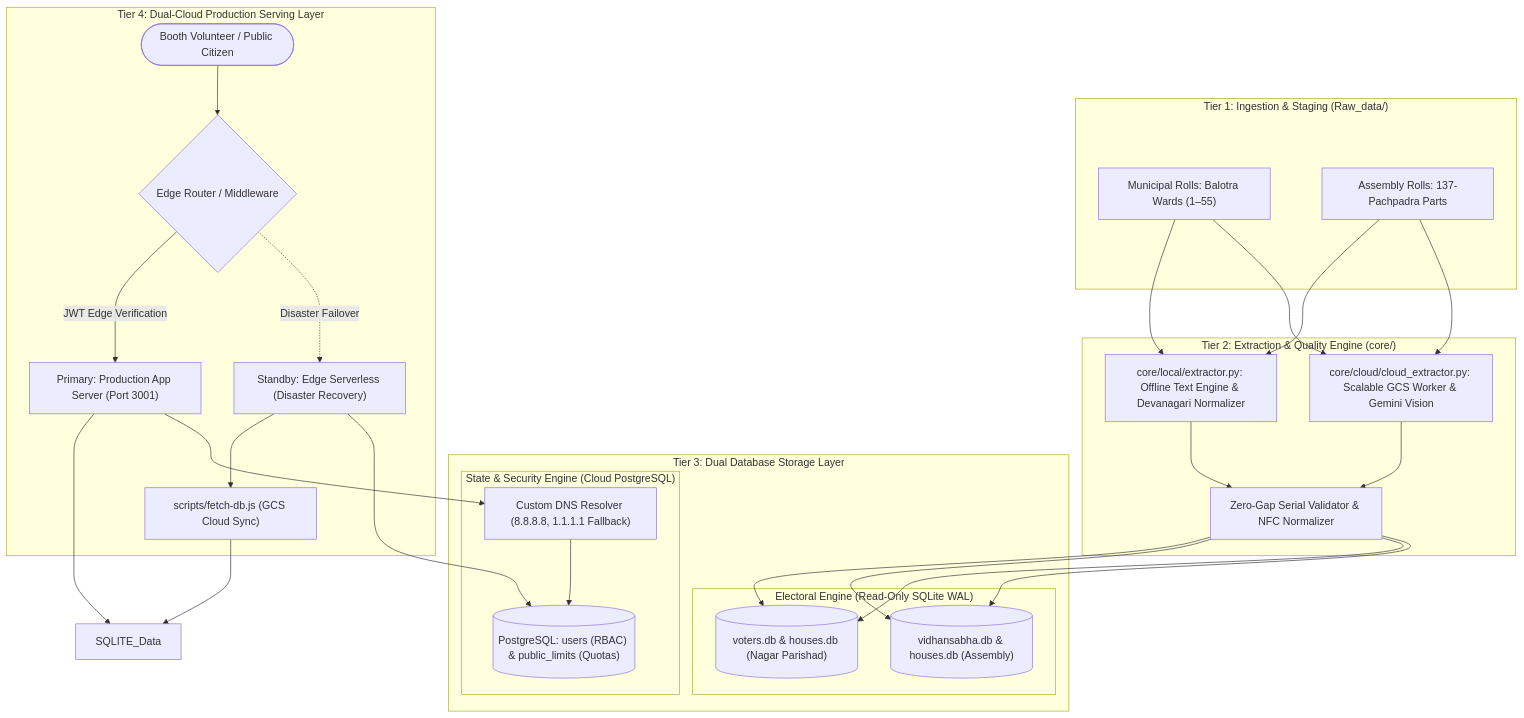
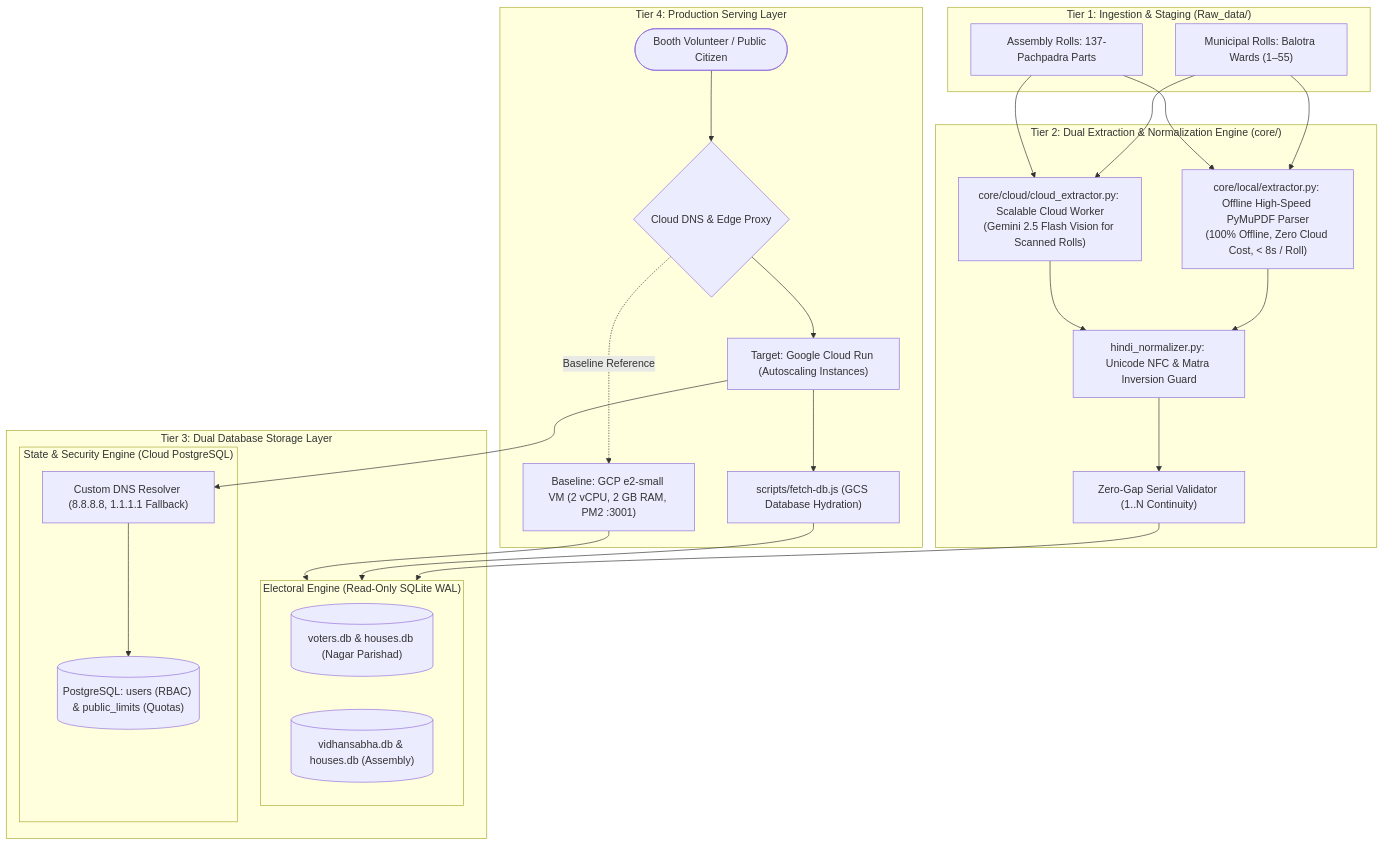
One commit to Shagarwal07/Voter_scrap changed the first of 5 diagrams in README.md. Above: the diagram before and after it, drawn with Mermaid. The commit also changed other lines of this file and 3 other files, not shown here.

Commit message:
docs: standardize baseline VM to e2-small and embed verified GCP cloud invoice

````diff
--- a/README.md
+++ b/README.md
@@ -53,48 +52,44 @@
 ```mermaid
 flowchart TD
     subgraph Tier1["Tier 1: Ingestion & Staging (Raw_data/)"]
         PDF_NP["Municipal Rolls: Balotra Wards (1–55)"]
         PDF_VS["Assembly Rolls: 137-Pachpadra Parts"]
     end
 
-    subgraph Tier2["Tier 2: Extraction & Quality Engine (core/)"]
-        LOCAL_EXT["core/local/extractor.py: Offline Text Engine & Devanagari Normalizer"]
-        CLOUD_EXT["core/cloud/cloud_extractor.py: Scalable GCS Worker & Gemini Vision"]
-        AUDIT["Zero-Gap Serial Validator & NFC Normalizer"]
+    subgraph Tier2["Tier 2: Dual Extraction & Normalization Engine (core/)"]
+        LOCAL_EXT["core/local/extractor.py: Offline High-Speed PyMuPDF Parser<br/>(100% Offline, Zero Cloud Cost, < 8s / Roll)"]
+        CLOUD_EXT["core/cloud/cloud_extractor.py: Scalable Cloud Worker<br/>(Gemini 2.5 Flash Vision for Scanned Rolls)"]
+        NORMALIZER["hindi_normalizer.py: Unicode NFC & Matra Inversion Guard"]
+        VALIDATOR["Zero-Gap Serial Validator (1..N Continuity)"]
     end
 
     subgraph Tier3["Tier 3: Dual Database Storage Layer"]
         subgraph SQLite_Data["Electoral Engine (Read-Only SQLite WAL)"]
             SQLITE_NP[("voters.db & houses.db (Nagar Parishad)")]
             SQLITE_VS[("vidhansabha.db & houses.db (Assembly)")]
         end
         subgraph Postgres_Auth["State & Security Engine (Cloud PostgreSQL)"]
             PG_AUTH[("PostgreSQL: users (RBAC) & public_limits (Quotas)")]
             DNS_FALLBACK["Custom DNS Resolver (8.8.8.8, 1.1.1.1 Fallback)"]
         end
     end
 
-    subgraph Tier4["Tier 4: Dual-Cloud Production Serving Layer"]
+    subgraph Tier4["Tier 4: Production Serving Layer"]
         USER(["Booth Volunteer / Public Citizen"])
-        EDGE_GATEWAY{"Edge Router / Middleware"}
-        PRIMARY_SRV["Primary: Production App Server (Port 3001)"]
-        EDGE_SRV["Standby: Edge Serverless (Disaster Recovery)"]
-        GCS_SYNC["scripts/fetch-db.js (GCS Cloud Sync)"]
+        EDGE_GATEWAY{"Cloud DNS & Edge Proxy"}
+        CLOUD_RUN["Target: Google Cloud Run (Autoscaling Instances)"]
+        BASELINE_VM["Baseline: GCP e2-small VM (2 vCPU, 2 GB RAM, PM2 :3001)"]
+        GCS_SYNC["scripts/fetch-db.js (GCS Database Hydration)"]
     end
 
-    PDF_NP --> LOCAL_EXT & CLOUD_EXT
-    PDF_VS --> LOCAL_EXT & CLOUD_EXT
-
-    LOCAL_EXT --> AUDIT --> SQLITE_NP & SQLITE_VS
-    CLOUD_EXT --> AUDIT --> SQLITE_NP & SQLITE_VS
+    PDF_NP & PDF_VS --> LOCAL_EXT & CLOUD_EXT
+    LOCAL_EXT & CLOUD_EXT --> NORMALIZER --> VALIDATOR --> SQLite_Data
 
     USER --> EDGE_GATEWAY
-    EDGE_GATEWAY -->|JWT Edge Verification| PRIMARY_SRV
-    EDGE_GATEWAY -.->|Disaster Failover| EDGE_SRV
+    EDGE_GATEWAY --> CLOUD_RUN
+    EDGE_GATEWAY -.->|Baseline Reference| BASELINE_VM
 
-    PRIMARY_SRV --> SQLITE_Data
-    PRIMARY_SRV --> DNS_FALLBACK --> PG_AUTH
-
-    EDGE_SRV --> GCS_SYNC --> SQLITE_Data
-    EDGE_SRV --> PG_AUTH
+    CLOUD_RUN --> GCS_SYNC --> SQLite_Data
+    CLOUD_RUN --> DNS_FALLBACK --> PG_AUTH
+    BASELINE_VM --> SQLite_Data
 ```
````
